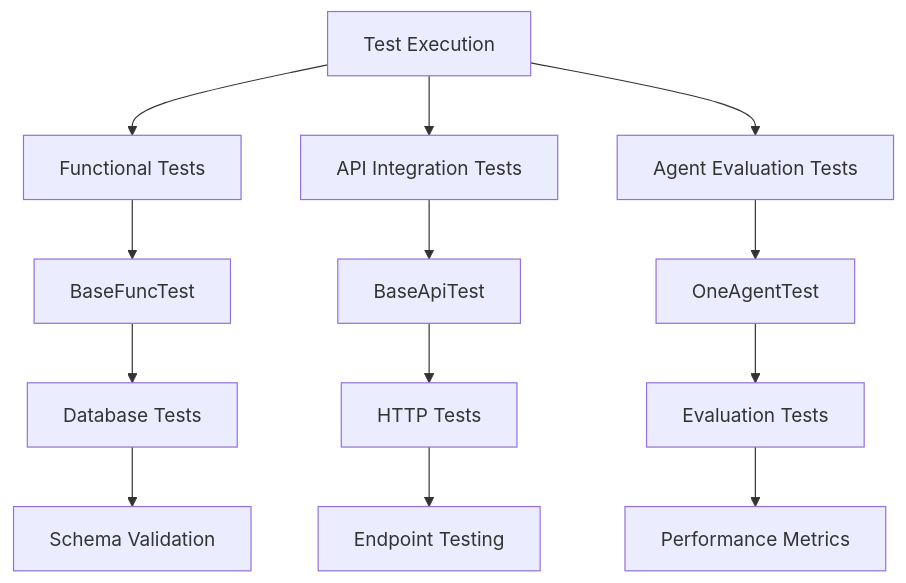
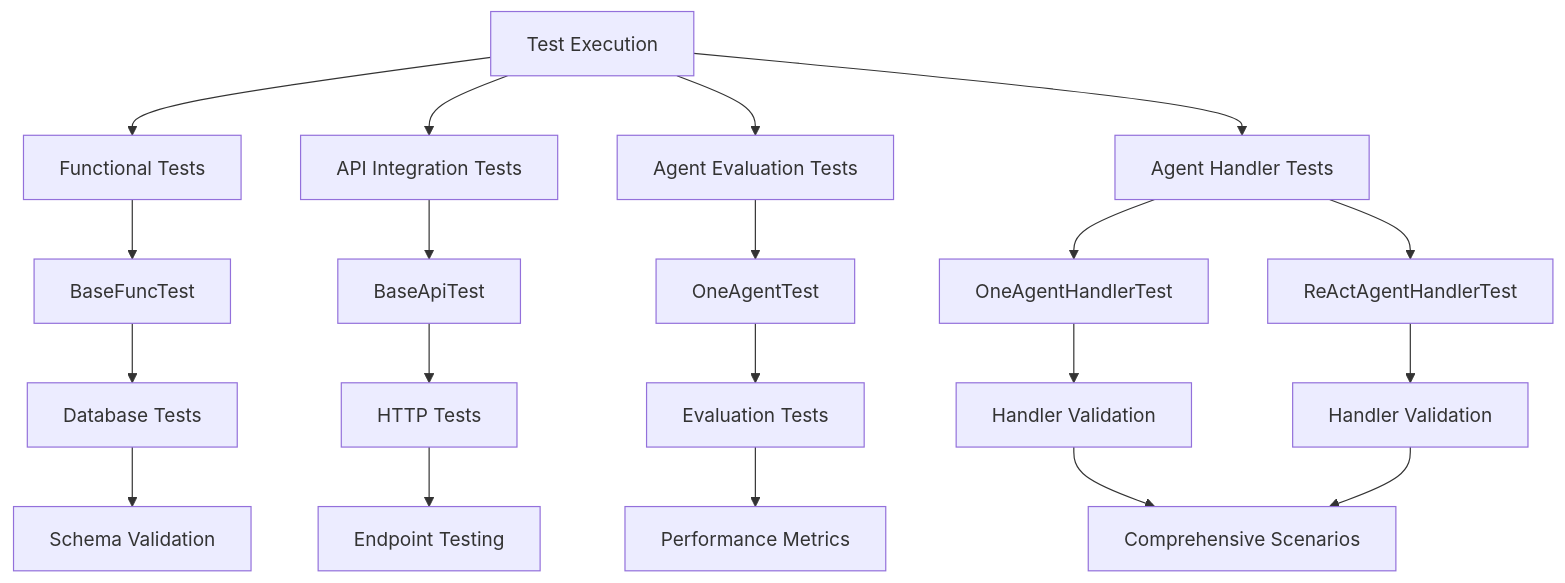
One commit to alibaba/tron-one-agent changed the ninth of 9 diagrams in .qoder/repowiki/en/content/Development Guidelines/Comprehensive Testing Framework.md. Above: the diagram before and after it, drawn with Mermaid. The commit also changed other lines of this file and 8 other files, not shown here.

````diff
--- a/.qoder/repowiki/en/content/Development Guidelines/Comprehensive Testing Framework.md
+++ b/.qoder/repowiki/en/content/Development Guidelines/Comprehensive Testing Framework.md
@@ -387,15 +536,22 @@
 ```mermaid
 flowchart TD
 A[Test Execution] --> B[Functional Tests]
 A --> C[API Integration Tests]
 A --> D[Agent Evaluation Tests]
-B --> E[BaseFuncTest]
-C --> F[BaseApiTest]
-D --> G[OneAgentTest]
-E --> H[Database Tests]
-F --> I[HTTP Tests]
-G --> J[Evaluation Tests]
-H --> K[Schema Validation]
-I --> L[Endpoint Testing]
-J --> M[Performance Metrics]
+A --> E[Agent Handler Tests]
+B --> F[BaseFuncTest]
+C --> G[BaseApiTest]
+D --> H[OneAgentTest]
+E --> I[OneAgentHandlerTest]
+E --> J[ReActAgentHandlerTest]
+F --> K[Database Tests]
+G --> L[HTTP Tests]
+H --> M[Evaluation Tests]
+I --> N[Handler Validation]
+J --> O[Handler Validation]
+K --> P[Schema Validation]
+L --> Q[Endpoint Testing]
+M --> R[Performance Metrics]
+N --> S[Comprehensive Scenarios]
+O --> S
 ```
````
